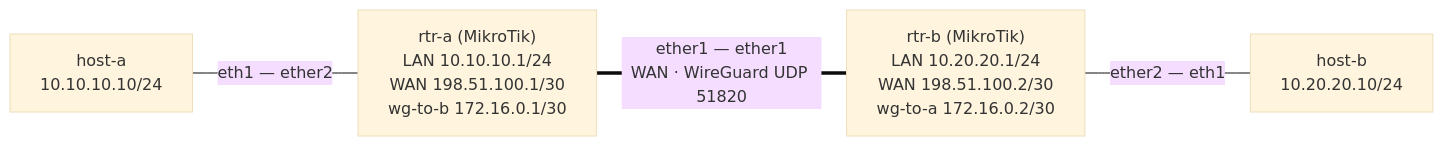
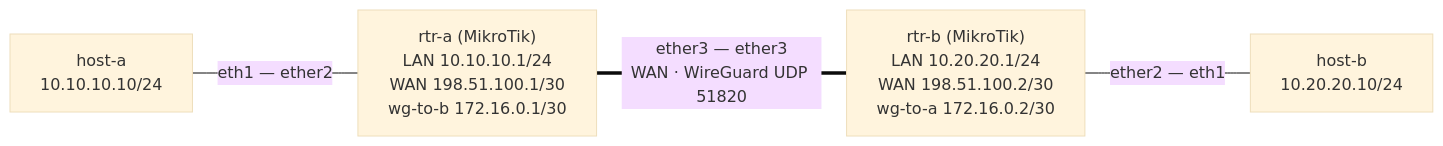
Before and after one commit to alukacs03/clauntainerlab: the diagram in labs/45-vpn-on-mikrotik/README.md, drawn with Mermaid (base theme). The commit also changed other lines of this file and 6 other files, not shown here.

````diff
--- a/labs/45-vpn-on-mikrotik/README.md
+++ b/labs/45-vpn-on-mikrotik/README.md
@@ -60,6 +60,6 @@
 ```mermaid
 graph LR
     hostA["host-a<br/>10.10.10.10/24"] ---|"eth1 — ether2"| rtrA["rtr-a (MikroTik)<br/>LAN 10.10.10.1/24<br/>WAN 198.51.100.1/30<br/>wg-to-b 172.16.0.1/30"]
-    rtrA ===|"ether1 — ether1<br/>WAN · WireGuard UDP 51820"| rtrB["rtr-b (MikroTik)<br/>LAN 10.20.20.1/24<br/>WAN 198.51.100.2/30<br/>wg-to-a 172.16.0.2/30"]
+    rtrA ===|"ether3 — ether3<br/>WAN · WireGuard UDP 51820"| rtrB["rtr-b (MikroTik)<br/>LAN 10.20.20.1/24<br/>WAN 198.51.100.2/30<br/>wg-to-a 172.16.0.2/30"]
     rtrB ---|"ether2 — eth1"| hostB["host-b<br/>10.20.20.10/24"]
 ```
````
